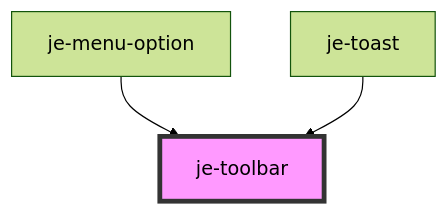
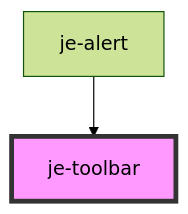
The diagram in packages/docs/docs/components/je-toolbar/readme.md (pgreen00/jebamo), drawn with Mermaid (forest theme) before and after one commit. The commit also changed other lines of this file and 228 other files, not shown here.

````diff
--- a/packages/docs/docs/components/je-toolbar/readme.md
+++ b/packages/docs/docs/components/je-toolbar/readme.md
@@ -23,6 +23,5 @@
 ```mermaid
 graph TD;
-  je-menu-option --> je-toolbar
-  je-toast --> je-toolbar
+  je-alert --> je-toolbar
   style je-toolbar fill:#f9f,stroke:#333,stroke-width:4px
 ```
````
